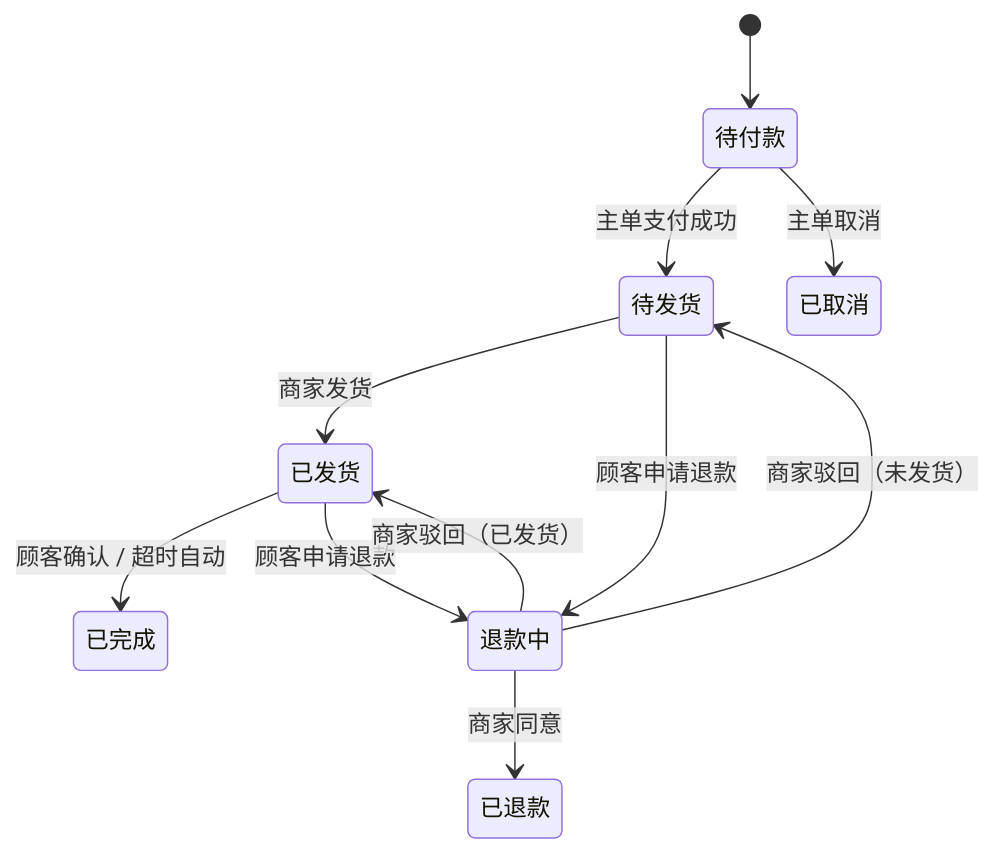
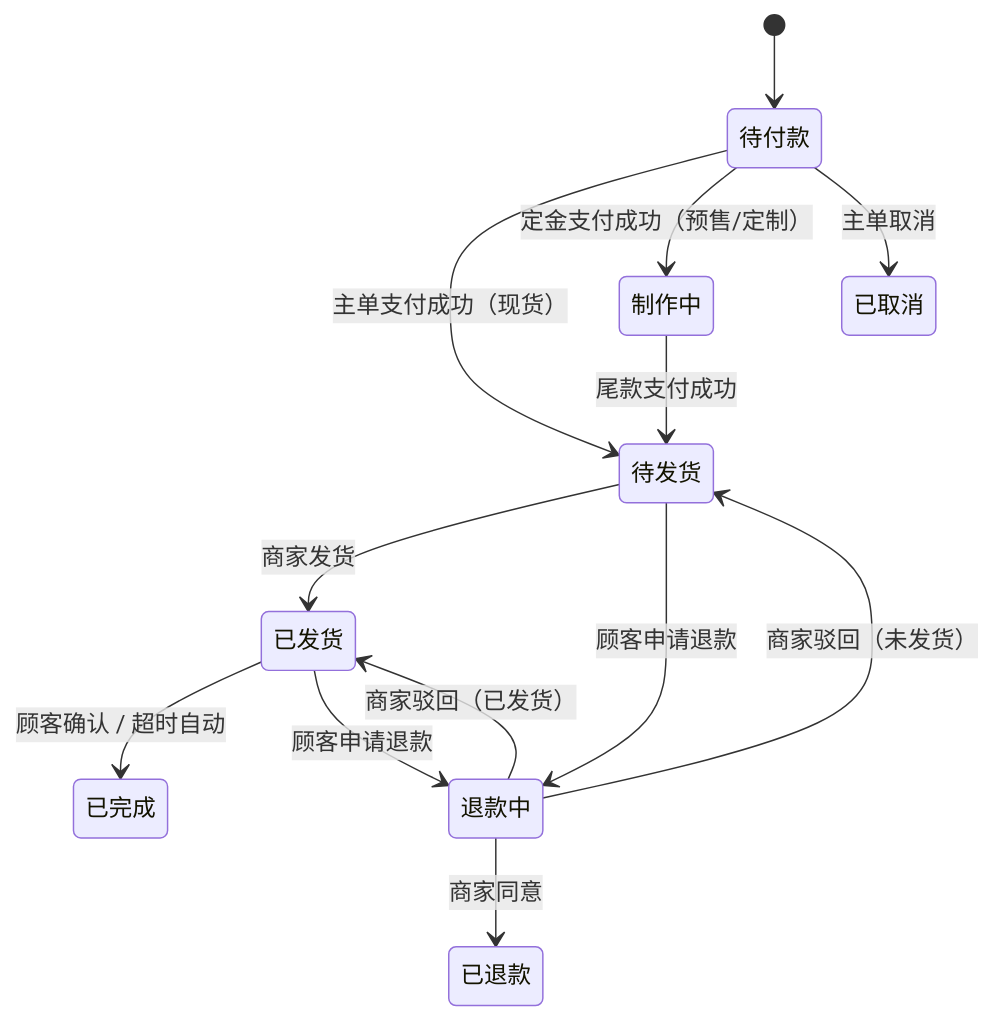
Before and after one commit to Serein47/KDShop: the second of 5 diagrams in docs/order-lifecycle.md, drawn with Mermaid. The commit also changed other lines of this file and 36 other files, not shown here.

````diff
--- a/docs/order-lifecycle.md
+++ b/docs/order-lifecycle.md
@@ -48,21 +52,24 @@
 ```mermaid
 stateDiagram-v2
     [*] --> PENDING_PAYMENT
     PENDING_PAYMENT: 待付款
+    PRODUCING: 制作中
     PENDING_SHIPMENT: 待发货
     SHIPPED: 已发货
     COMPLETED: 已完成
     REFUNDING: 退款中
     REFUNDED: 已退款
     CANCELLED: 已取消
 
-    PENDING_PAYMENT --> PENDING_SHIPMENT : 主单支付成功
+    PENDING_PAYMENT --> PENDING_SHIPMENT : 主单支付成功（现货）
+    PENDING_PAYMENT --> PRODUCING : 定金支付成功（预售/定制）
+    PRODUCING --> PENDING_SHIPMENT : 尾款支付成功
     PENDING_PAYMENT --> CANCELLED : 主单取消
     PENDING_SHIPMENT --> SHIPPED : 商家发货
     SHIPPED --> COMPLETED : 顾客确认 / 超时自动
     PENDING_SHIPMENT --> REFUNDING : 顾客申请退款
     SHIPPED --> REFUNDING : 顾客申请退款
     REFUNDING --> REFUNDED : 商家同意
     REFUNDING --> PENDING_SHIPMENT : 商家驳回（未发货）
     REFUNDING --> SHIPPED : 商家驳回（已发货）
 ```
````
